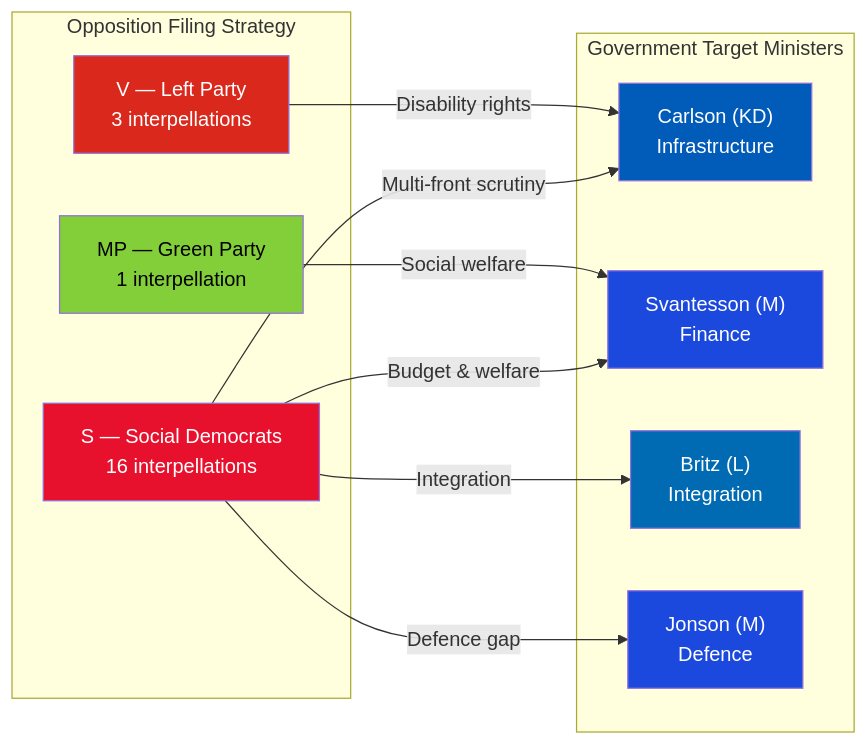
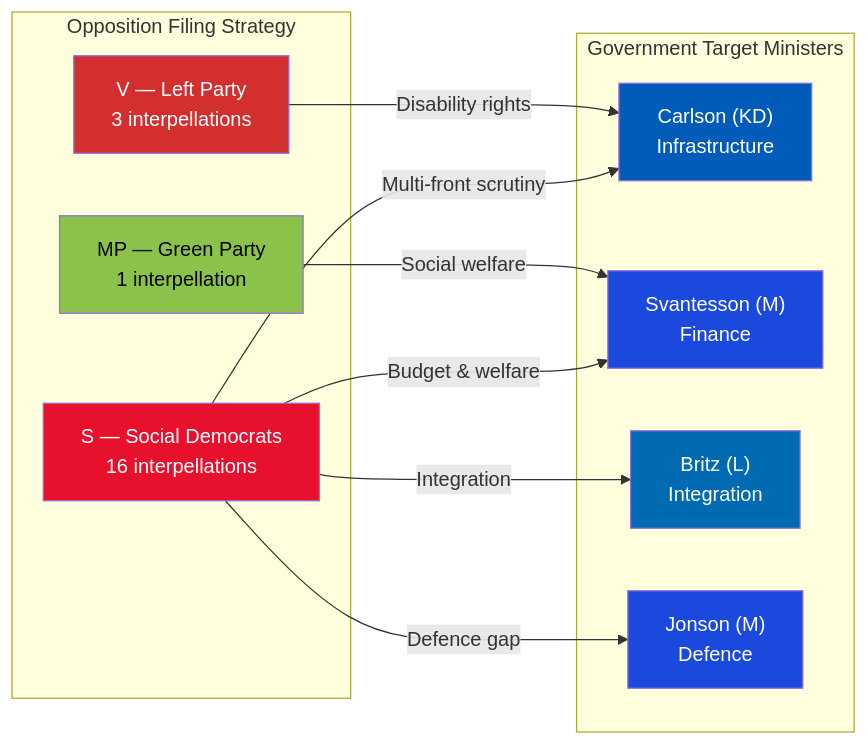
Before and after one commit to Hack23/riksdagsmonitor: the second of 2 diagrams in analysis/daily/2026-04-03/interpellations/classification-results.md, drawn with Mermaid. The commit also changed 785 other files, not shown here.

First line of the commit message:
Normalize mermaid colors across 786 analysis artifacts to ISMS Style Guide palette

````diff
--- a/analysis/daily/2026-04-03/interpellations/classification-results.md
+++ b/analysis/daily/2026-04-03/interpellations/classification-results.md
@@ -52,30 +52,30 @@
 ```mermaid
 graph LR
     subgraph "Opposition Filing Strategy"
         S["S — Social Democrats<br/>16 interpellations"]
         V["V — Left Party<br/>3 interpellations"]
         MP["MP — Green Party<br/>1 interpellation"]
     end
 
     subgraph "Government Target Ministers"
         KC["Carlson (KD)<br/>Infrastructure"]
         MS["Svantesson (M)<br/>Finance"]
         BL["Britz (L)<br/>Integration"]
         PJ["Jonson (M)<br/>Defence"]
     end
 
     S -->|"Multi-front scrutiny"| KC
     S -->|"Budget & welfare"| MS
     S -->|"Integration"| BL
     V -->|"Disability rights"| KC
     MP -->|"Social welfare"| MS
     S -->|"Defence gap"| PJ
 
-    style S fill:#e8112d,color:#fff
-    style V fill:#da291c,color:#fff
-    style MP fill:#83cf39,color:#000
-    style KC fill:#005cb8,color:#fff
-    style MS fill:#1b49dd,color:#fff
-    style BL fill:#006ab3,color:#fff
-    style PJ fill:#1b49dd,color:#fff
+    style S fill:#e8112d,color:#FFFFFF
+    style V fill:#D32F2F,color:#FFFFFF
+    style MP fill:#8BC34A,color:#000000
+    style KC fill:#005cb8,color:#FFFFFF
+    style MS fill:#1b49dd,color:#FFFFFF
+    style BL fill:#006ab3,color:#FFFFFF
+    style PJ fill:#1b49dd,color:#FFFFFF
 ```
````
